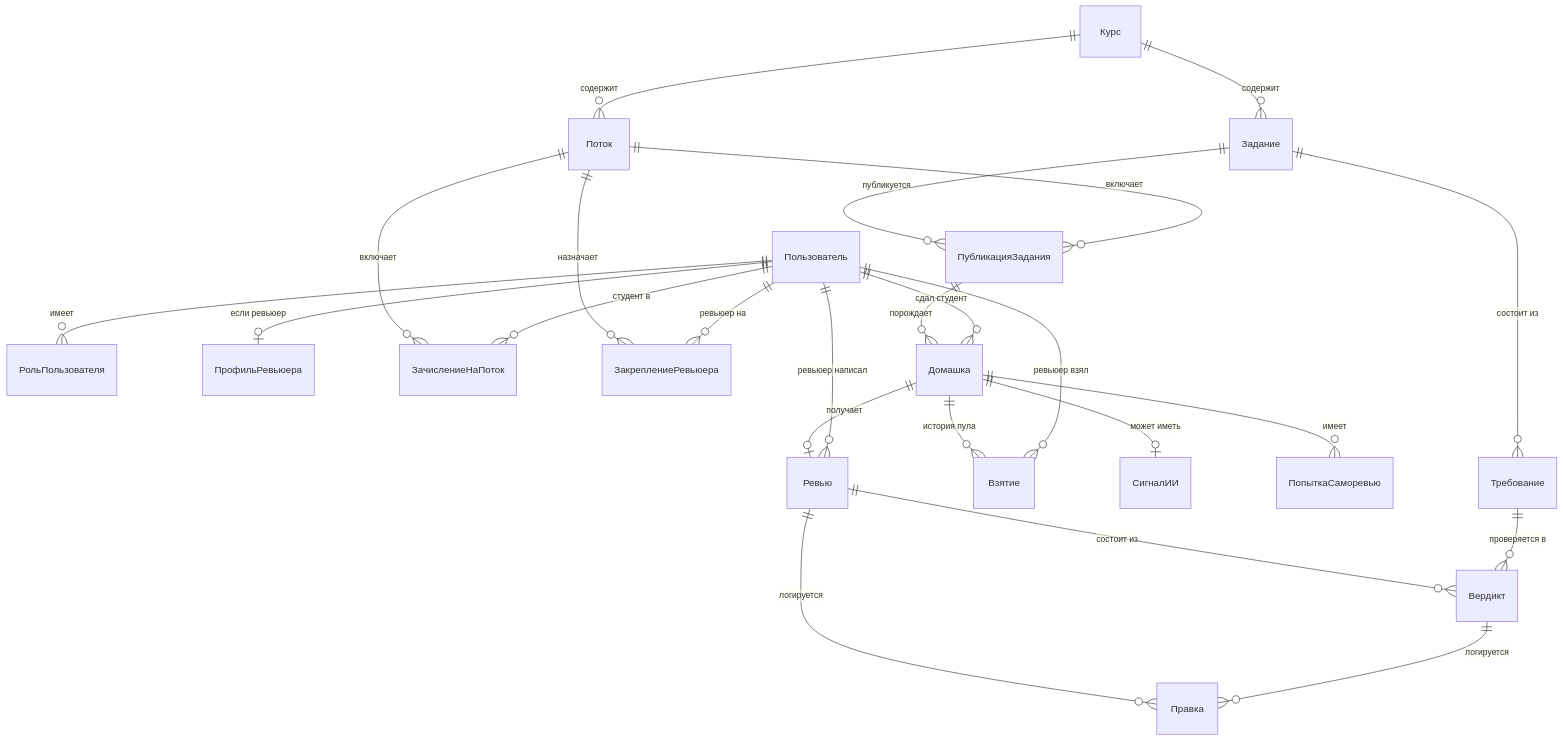
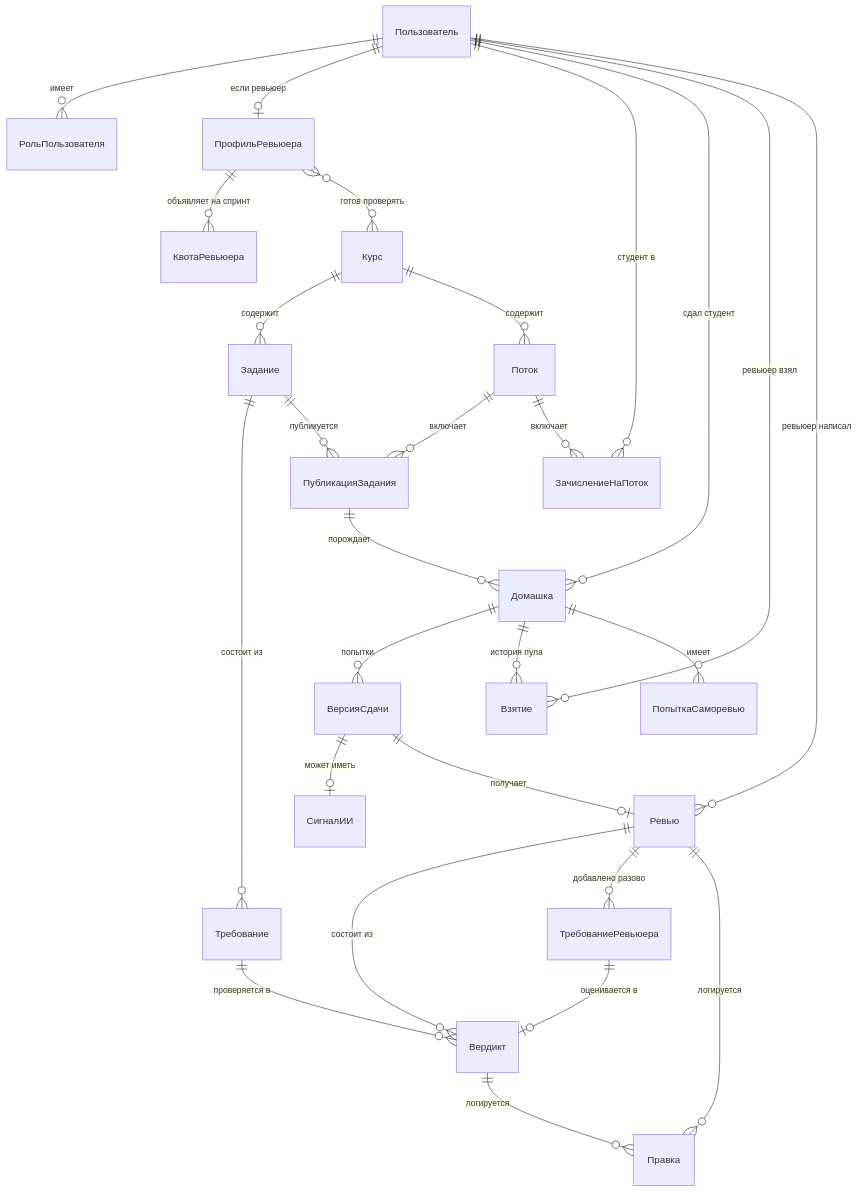
Before and after one commit to matvej-melikhov/avito-aith-hackaton: the diagram in docs/platform-screens/entities-and-screens.md, drawn with Mermaid. The commit also changed other lines of this file and 1 other file, not shown here.

````diff
--- a/docs/platform-screens/entities-and-screens.md
+++ b/docs/platform-screens/entities-and-screens.md
@@ -51,26 +39,29 @@
 ```mermaid
 erDiagram
     Пользователь ||--o{ РольПользователя : имеет
     Пользователь ||--o| ПрофильРевьюера : "если ревьюер"
+    ПрофильРевьюера ||--o{ КвотаРевьюера : "объявляет на спринт"
+    ПрофильРевьюера }o--o{ Курс : "готов проверять"
     Курс ||--o{ Задание : содержит
     Курс ||--o{ Поток : содержит
     Задание ||--o{ Требование : "состоит из"
     Задание ||--o{ ПубликацияЗадания : публикуется
     Поток ||--o{ ПубликацияЗадания : включает
     Поток ||--o{ ЗачислениеНаПоток : включает
     Пользователь ||--o{ ЗачислениеНаПоток : "студент в"
-    Поток ||--o{ ЗакреплениеРевьюера : назначает
-    Пользователь ||--o{ ЗакреплениеРевьюера : "ревьюер на"
     ПубликацияЗадания ||--o{ Домашка : порождает
     Пользователь ||--o{ Домашка : "сдал студент"
+    Домашка ||--o{ ВерсияСдачи : "попытки"
     Домашка ||--o{ Взятие : "история пула"
     Пользователь ||--o{ Взятие : "ревьюер взял"
-    Домашка ||--o| СигналИИ : "может иметь"
     Домашка ||--o{ ПопыткаСаморевью : имеет
-    Домашка ||--o| Ревью : получает
+    ВерсияСдачи ||--o| СигналИИ : "может иметь"
+    ВерсияСдачи ||--o| Ревью : получает
     Пользователь ||--o{ Ревью : "ревьюер написал"
     Ревью ||--o{ Вердикт : "состоит из"
+    Ревью ||--o{ ТребованиеРевьюера : "добавлено разово"
     Требование ||--o{ Вердикт : "проверяется в"
+    ТребованиеРевьюера ||--o| Вердикт : "оценивается в"
     Ревью ||--o{ Правка : логируется
     Вердикт ||--o{ Правка : логируется
 ```
````
